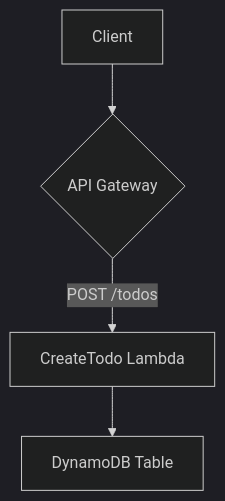
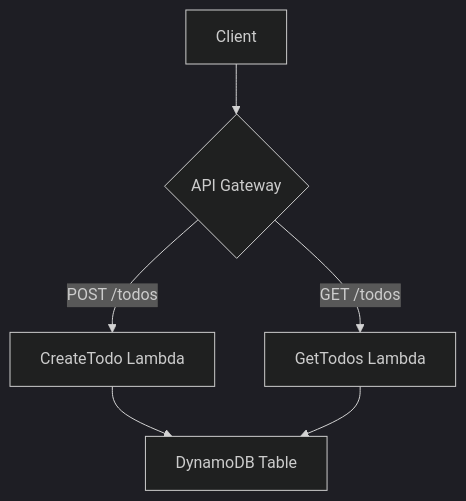
One commit to andsaki/cdk-study changed the diagram in README.md. Above: the diagram before and after it, drawn with Mermaid (dark theme). The commit also changed other lines of this file and 4 other files, not shown here.

Commit message:
feat: Add get-todos endpoint and update documentation

````diff
--- a/README.md
+++ b/README.md
@@ -14,6 +16,8 @@
 ```mermaid
 graph TD
     A[Client] --> B{API Gateway};
     B -- POST /todos --> C[CreateTodo Lambda];
+    B -- GET /todos --> E[GetTodos Lambda];
     C --> D[DynamoDB Table];
+    E --> D;
 ```
````
